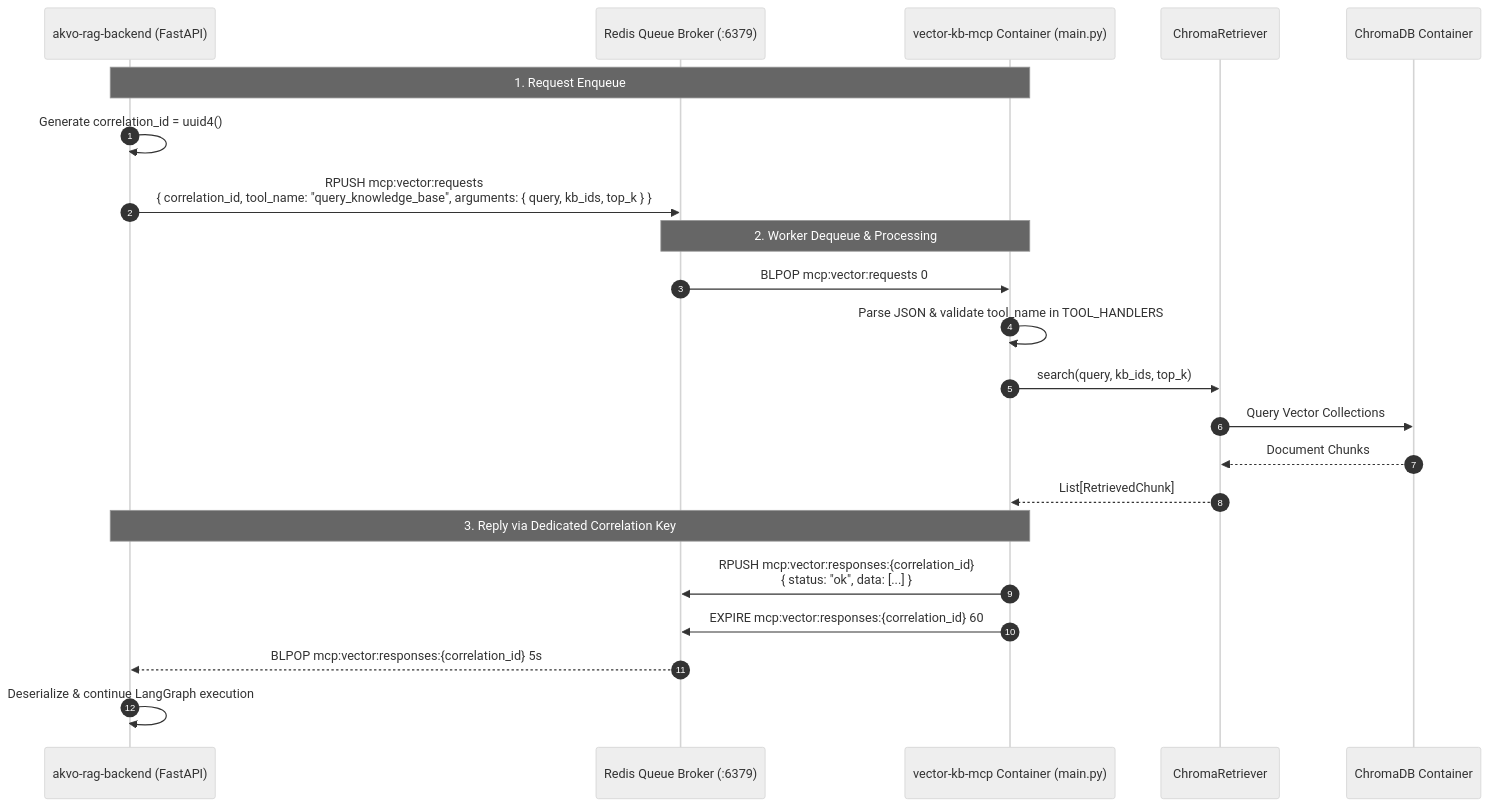
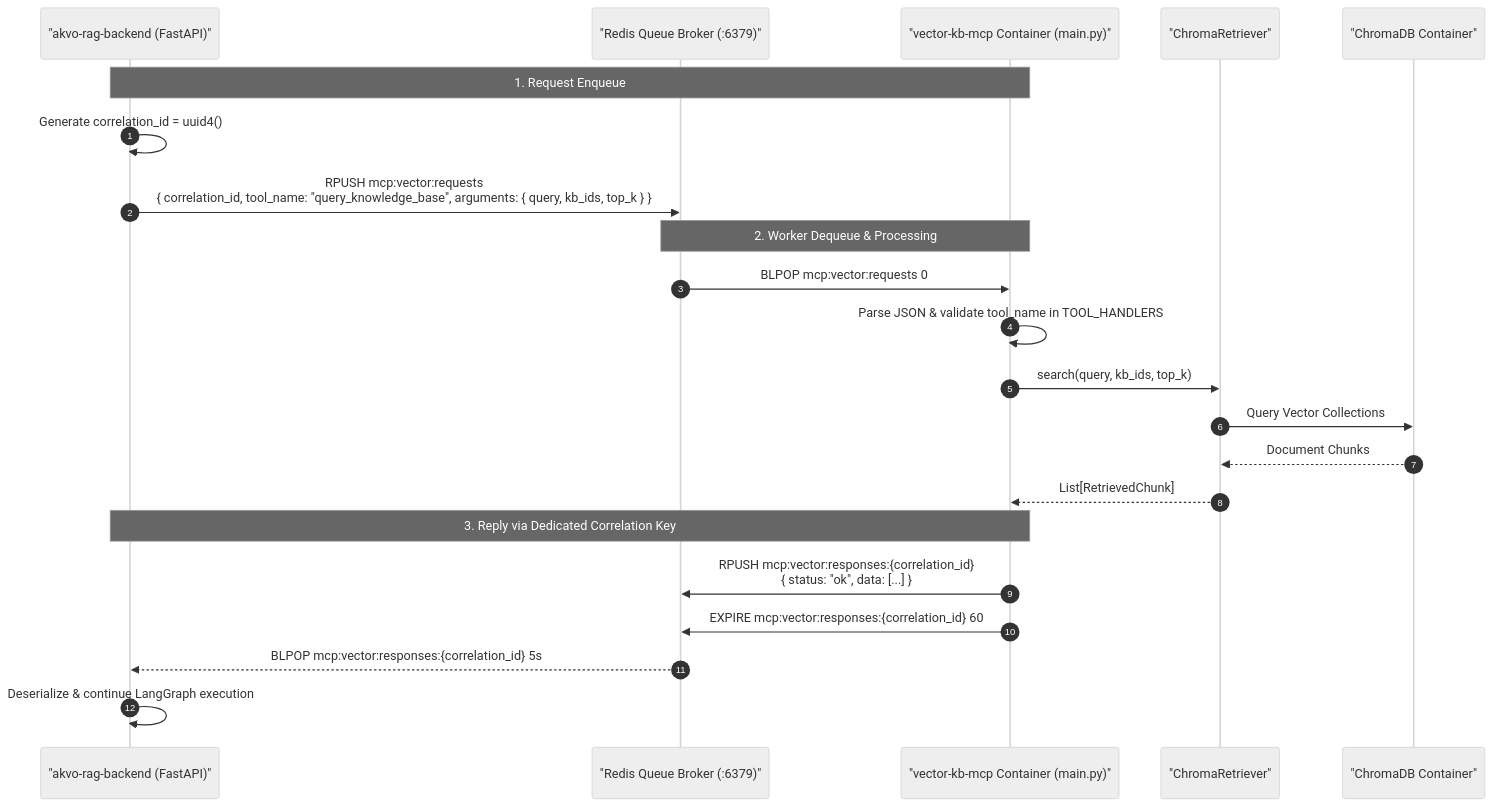
Before and after one commit to akvo/akvo-rag: the first of 2 diagrams in docs/features/003_mono_103_vector_kb_dockerfile_and_native_async_redis_worker_spec.md, drawn with Mermaid (neutral theme). The commit also changed other lines of this file and 7 other files, not shown here.

Commit message:
docs(features): create 012_mcp_304 spec and fix mermaid diagram rendering across specs

````diff
--- a/docs/features/003_mono_103_vector_kb_dockerfile_and_native_async_redis_worker_spec.md
+++ b/docs/features/003_mono_103_vector_kb_dockerfile_and_native_async_redis_worker_spec.md
@@ -41,28 +41,28 @@
 ```mermaid
 sequenceDiagram
     autonumber
-    participant Backend as akvo-rag-backend (FastAPI)
-    participant Redis as Redis Queue Broker (:6379)
-    participant Worker as vector-kb-mcp Container (main.py)
-    participant Retriever as ChromaRetriever
-    participant Chroma as ChromaDB Container
+    participant Backend as "akvo-rag-backend (FastAPI)"
+    participant Redis as "Redis Queue Broker (:6379)"
+    participant Worker as "vector-kb-mcp Container (main.py)"
+    participant Retriever as "ChromaRetriever"
+    participant Chroma as "ChromaDB Container"
 
     Note over Backend, Worker: 1. Request Enqueue
     Backend->>Backend: Generate correlation_id = uuid4()
     Backend->>Redis: RPUSH mcp:vector:requests <br/>{ correlation_id, tool_name: "query_knowledge_base", arguments: { query, kb_ids, top_k } }
     
     Note over Worker, Redis: 2. Worker Dequeue & Processing
     Redis->>Worker: BLPOP mcp:vector:requests 0
     Worker->>Worker: Parse JSON & validate tool_name in TOOL_HANDLERS
     Worker->>Retriever: search(query, kb_ids, top_k)
     Retriever->>Chroma: Query Vector Collections
     Chroma-->>Retriever: Document Chunks
     Retriever-->>Worker: List[RetrievedChunk]
     
     Note over Worker, Backend: 3. Reply via Dedicated Correlation Key
     Worker->>Redis: RPUSH mcp:vector:responses:{correlation_id} <br/>{ status: "ok", data: [...] }
     Worker->>Redis: EXPIRE mcp:vector:responses:{correlation_id} 60
     
     Redis-->>Backend: BLPOP mcp:vector:responses:{correlation_id} 5s
     Backend->>Backend: Deserialize & continue LangGraph execution
 ```
````
